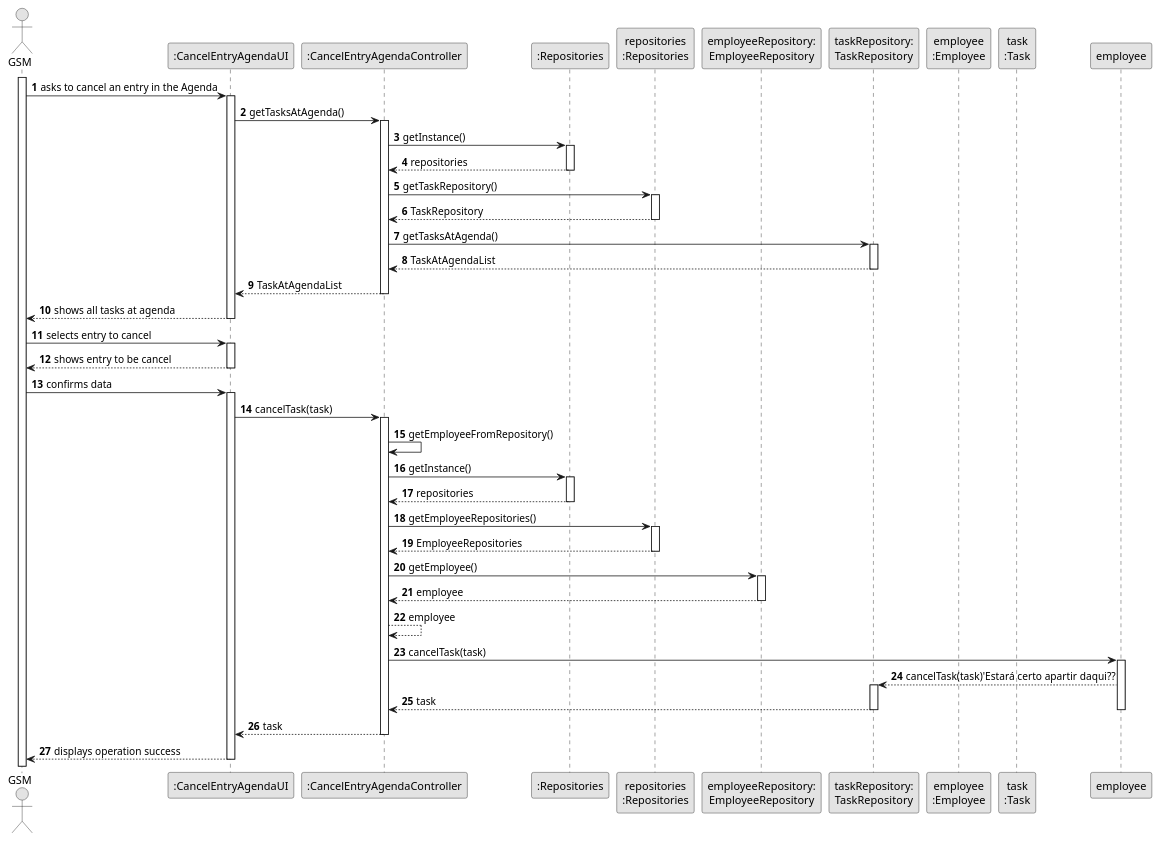
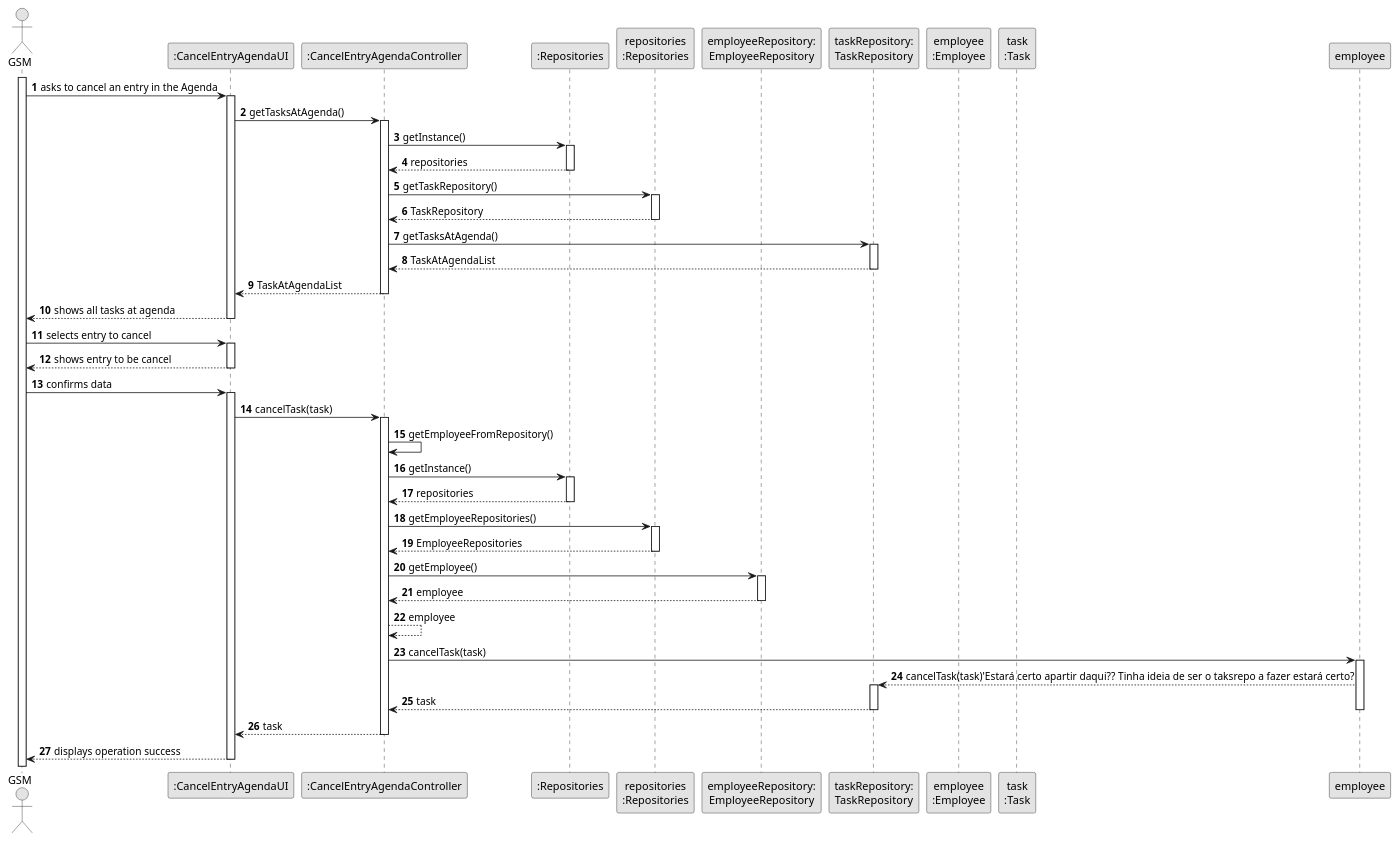
One commit to LopemigueISEP/lei-24-s2-1nb-g312 changed the diagram in docs/sprintC/US025/03.design/puml/us025-sequence-diagram-full.puml. Above: the diagram before and after it, drawn with PlantUML. The commit also changed 2 other files, not shown here.

```diff
--- a/docs/sprintC/US025/03.design/puml/us025-sequence-diagram-full.puml
+++ b/docs/sprintC/US025/03.design/puml/us025-sequence-diagram-full.puml
@@ -1,88 +1,88 @@
 @startuml
 skinparam monochrome true
 skinparam packageStyle rectangle
 skinparam shadowing false
 
 autonumber
 
 actor "GSM" as GSM
 participant ":CancelEntryAgendaUI" as UI
 participant ":CancelEntryAgendaController" as CTRL
 participant ":Repositories" as RepositorySingleton
 participant "repositories\n:Repositories" as PLAT
 participant "employeeRepository:\nEmployeeRepository" as EmployeeRepository
 participant "taskRepository:\nTaskRepository" as TaskRepository
 
 participant "employee\n:Employee" as Employee
 participant "task\n:Task" as Task
 
 activate GSM
 
     GSM -> UI : asks to cancel an entry in the Agenda
     activate UI
         UI -> CTRL : getTasksAtAgenda()
         activate CTRL
 
             CTRL -> RepositorySingleton : getInstance()
             activate RepositorySingleton
 
                 RepositorySingleton --> CTRL: repositories
             deactivate RepositorySingleton
 
             CTRL -> PLAT : getTaskRepository()
             activate PLAT
 
                 PLAT --> CTRL: TaskRepository
             deactivate PLAT
 
             CTRL -> TaskRepository : getTasksAtAgenda()
             activate TaskRepository
 
                 TaskRepository --> CTRL : TaskAtAgendaList
             deactivate TaskRepository
 
 
             CTRL --> UI : TaskAtAgendaList
         deactivate CTRL
 
         UI --> GSM : shows all tasks at agenda
     deactivate UI
 
     GSM -> UI : selects entry to cancel
     activate UI
         UI --> GSM : shows entry to be cancel
     deactivate UI
 
     GSM -> UI : confirms data
     activate UI
         UI -> CTRL: cancelTask(task)
         activate CTRL
             CTRL->CTRL: getEmployeeFromRepository()
             CTRL -> RepositorySingleton : getInstance()
             activate RepositorySingleton
                 RepositorySingleton --> CTRL : repositories
             deactivate RepositorySingleton
             CTRL -> PLAT : getEmployeeRepositories()
             activate PLAT
                 PLAT --> CTRL : EmployeeRepositories
             deactivate PLAT
             CTRL -> EmployeeRepository: getEmployee()
             activate EmployeeRepository
                 EmployeeRepository -->CTRL: employee
             deactivate EmployeeRepository
             CTRL --> CTRL: employee
             CTRL -> employee: cancelTask(task)
             activate employee
-                employee -->TaskRepository: cancelTask(task)'Estará certo apartir daqui??
+                employee -->TaskRepository: cancelTask(task)'Estará certo apartir daqui?? Tinha ideia de ser o taksrepo a fazer estará certo?
                 activate TaskRepository
                     TaskRepository --> CTRL: task
                 deactivate TaskRepository
             deactivate employee
             CTRL --> UI: task
 
         deactivate CTRL
         UI --> GSM : displays operation success
 
     deactivate UI
 
 @enduml
```
